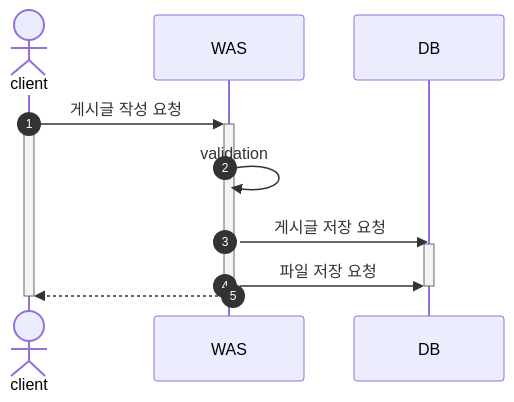
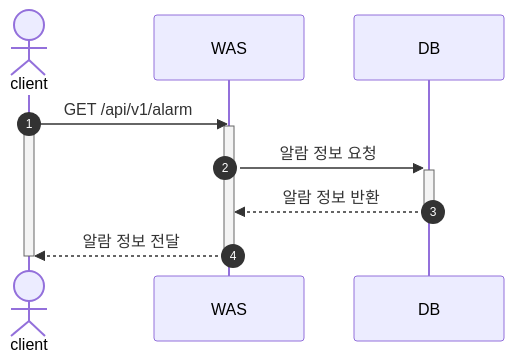
One commit to JadeKim042386/My3D changed the fourth of 5 diagrams in README.md. Above: the diagram before and after it, drawn with Mermaid. The commit also changed other lines of this file and 8 other files, not shown here.

````diff
--- a/README.md
+++ b/README.md
@@ -126,14 +180,12 @@
 ```mermaid
 sequenceDiagram
     autonumber
     actor client
-    client ->>+ WAS: 게시글 작성 요청
+    client ->> WAS: GET /api/v1/alarm
     activate client
-    WAS ->> WAS: validation
-    WAS ->> DB: 게시글 저장 요청
-    activate DB
-    WAS ->> DB: 파일 저장 요청
-    deactivate DB
-    WAS -->>- client: 
+    activate WAS
+    WAS ->>+ DB: 알람 정보 요청
+    DB -->>- WAS: 알람 정보 반환
+    WAS -->>- client: 알람 정보 전달
     deactivate client
 ```
````
